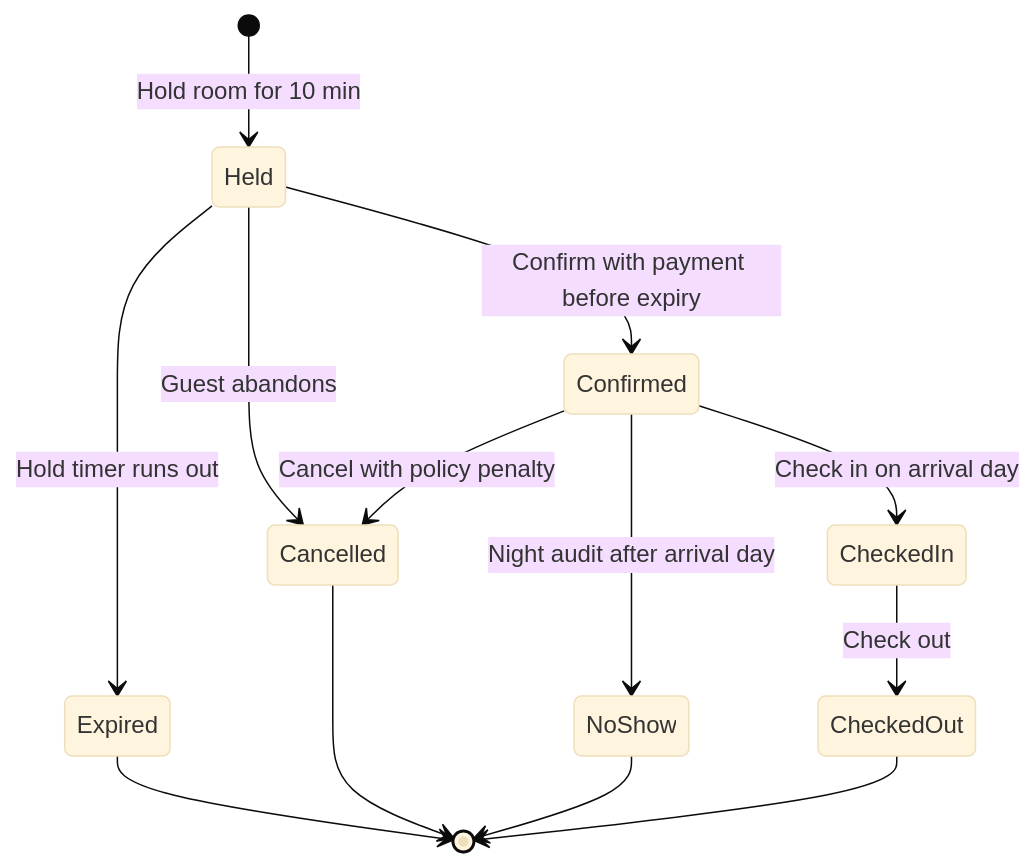
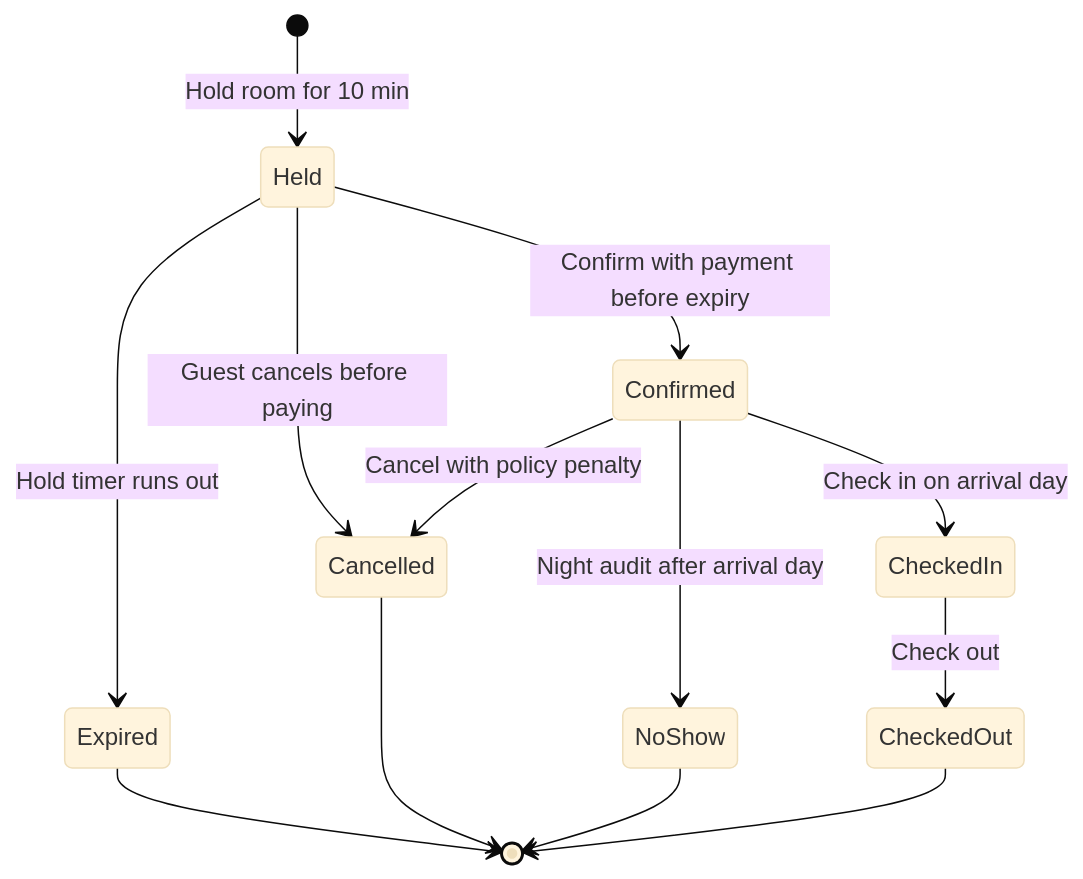
Before and after one commit to rizwi0786/system-design-lab: the third of 3 diagrams in content/lessons/m18/m18-hotel-booking.md, drawn with Mermaid (base theme). The commit also changed other lines of this file and 334 other files, not shown here.

````diff
--- a/content/lessons/m18/m18-hotel-booking.md
+++ b/content/lessons/m18/m18-hotel-booking.md
@@ -269,15 +269,15 @@
 ```mermaid
 stateDiagram-v2
     [*] --> Held : Hold room for 10 min
     Held --> Confirmed : Confirm with payment before expiry
     Held --> Expired : Hold timer runs out
-    Held --> Cancelled : Guest abandons
+    Held --> Cancelled : Guest cancels before paying
     Confirmed --> Cancelled : Cancel with policy penalty
     Confirmed --> CheckedIn : Check in on arrival day
     Confirmed --> NoShow : Night audit after arrival day
     CheckedIn --> CheckedOut : Check out
     Expired --> [*]
     Cancelled --> [*]
     NoShow --> [*]
     CheckedOut --> [*]
 ```
````
